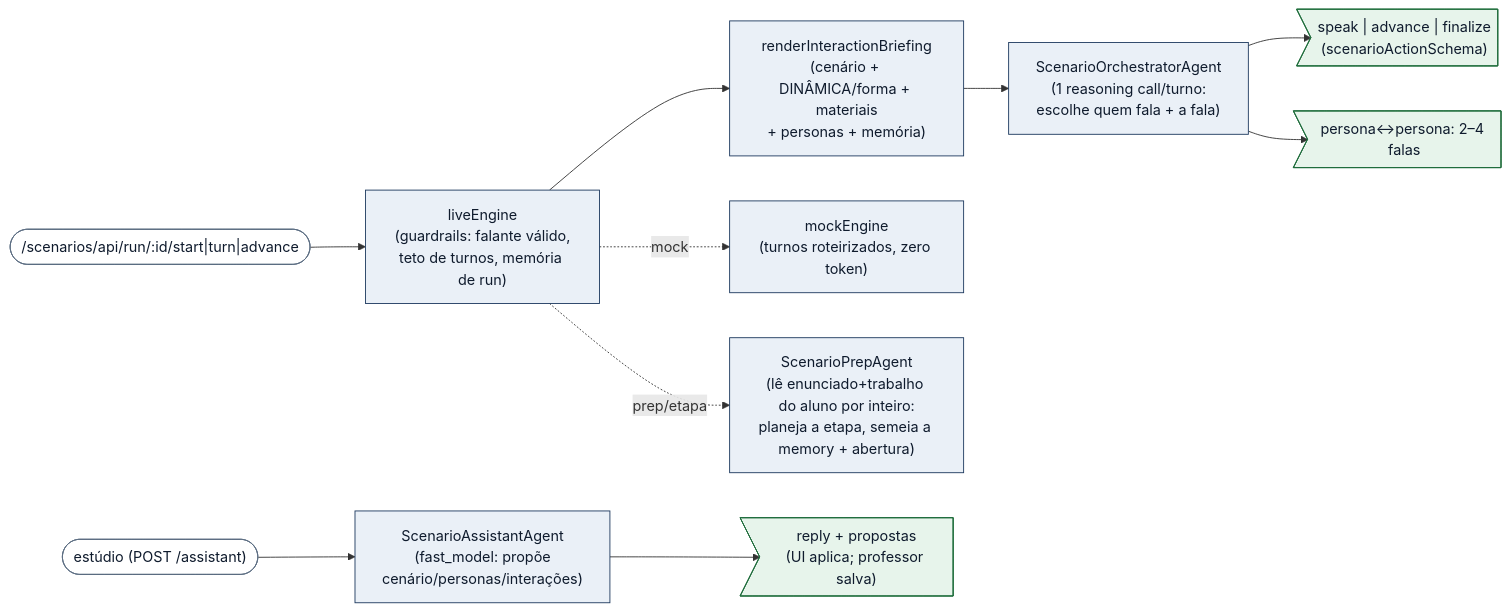
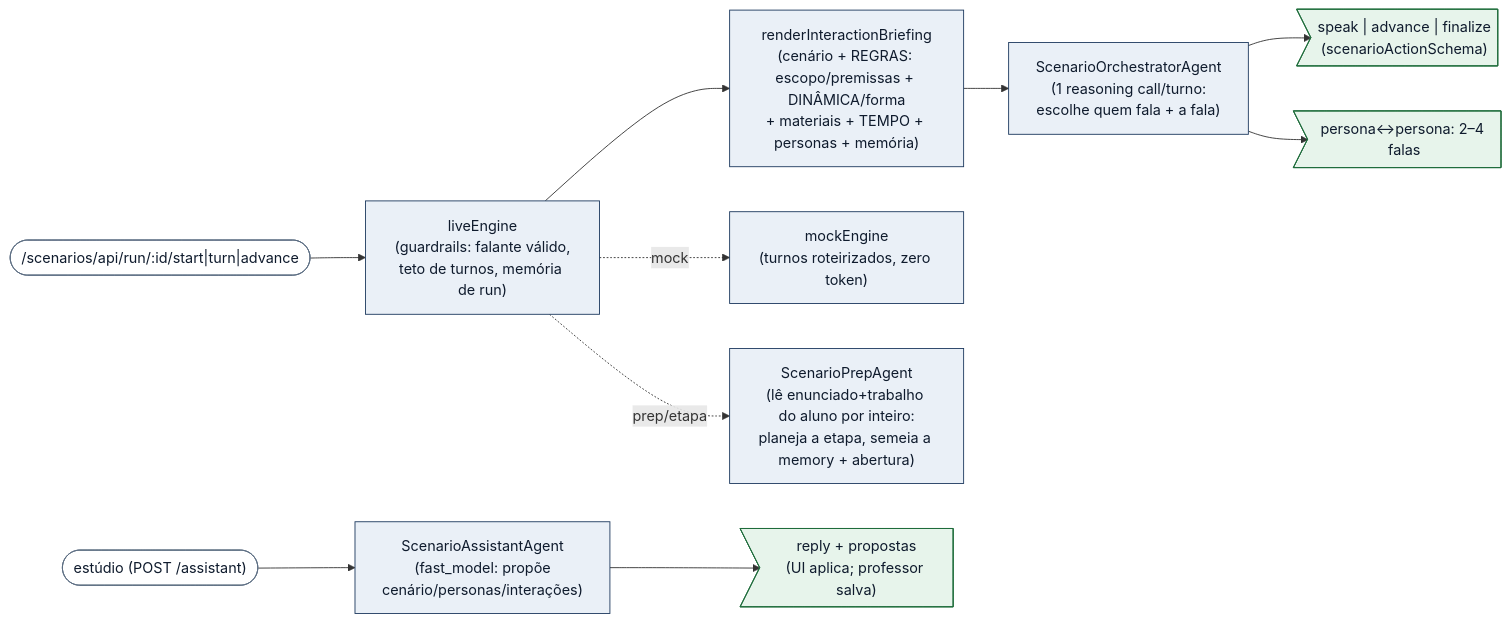
The third of 3 diagrams in docs/architecture.md (gladsjr/super-ta), drawn with Mermaid before and after one commit. The commit also changed other lines of this file and 14 other files, not shown here.

First line of the commit message:
feat(cenarios): fora de escopo, premissas e tempo por interacao

````diff
--- a/docs/architecture.md
+++ b/docs/architecture.md
@@ -196,26 +196,26 @@
 ```mermaid
 flowchart LR
   RunStart(["/scenarios/api/run/:id/start|turn|advance"]) --> Live["liveEngine<br/>(guardrails: falante válido,<br/>teto de turnos, memória de run)"]
-  Live --> Brief["renderInteractionBriefing<br/>(cenário + DINÂMICA/forma + materiais<br/>+ personas + memória)"]
+  Live --> Brief["renderInteractionBriefing<br/>(cenário + REGRAS: escopo/premissas + DINÂMICA/forma<br/>+ materiais + TEMPO + personas + memória)"]
   Brief --> ScenOrq["ScenarioOrchestratorAgent<br/>(1 reasoning call/turno:<br/>escolhe quem fala + a fala)"]
   ScenOrq --> TurnOut>"speak | advance | finalize<br/>(scenarioActionSchema)"]
   ScenOrq --> ExchangeOut>"persona↔persona: 2–4 falas"]
   Live -. mock .-> Mock["mockEngine<br/>(turnos roteirizados, zero token)"]
   Live -. prep/etapa .-> Prep["ScenarioPrepAgent<br/>(lê enunciado+trabalho do aluno por inteiro:<br/>planeja a etapa, semeia a memory + abertura)"]
   Studio(["estúdio (POST /assistant)"]) --> Assist["ScenarioAssistantAgent<br/>(fast_model: propõe<br/>cenário/personas/interações)"]
   Assist --> Proposals>"reply + propostas<br/>(UI aplica; professor salva)"]
 
   classDef agent fill:#eaf0f7,stroke:#1e3a5f,color:#0f1b2d;
   classDef out   fill:#e7f4eb,stroke:#1f6c3b,color:#0f1b2d;
   classDef entry fill:#ffffff,stroke:#5a6b80,color:#0f1b2d;
   class Live,Brief,ScenOrq,Mock,Prep,Assist agent
   class TurnOut,ExchangeOut,Proposals out
   class RunStart,Studio entry
 
   click ScenOrq "vscode://file/c:/Users/glads/src/super-ta/agents/ScenarioOrchestratorAgent.js:32" "turnSystemBody (turno) — exchangeSystemBody em :56"
   click Prep "vscode://file/c:/Users/glads/src/super-ta/agents/ScenarioPrepAgent.js" "prepSystemBody (planeja a interação + abertura)"
   click Brief "vscode://file/c:/Users/glads/src/super-ta/lib/scenarios/agenda.js" "renderInteractionBriefing / renderPersonaAgenda"
   click TurnOut "vscode://file/c:/Users/glads/src/super-ta/lib/scenarios/scenarioActionSchema.js" "schema da ação do cenário"
   click Mock "vscode://file/c:/Users/glads/src/super-ta/lib/scenarios/mockEngine.js" "mockEngine (roteirizado)"
   click Assist "vscode://file/c:/Users/glads/src/super-ta/agents/ScenarioAssistantAgent.js:26" "systemPromptBody do ScenarioAssistantAgent"
 ```
````
